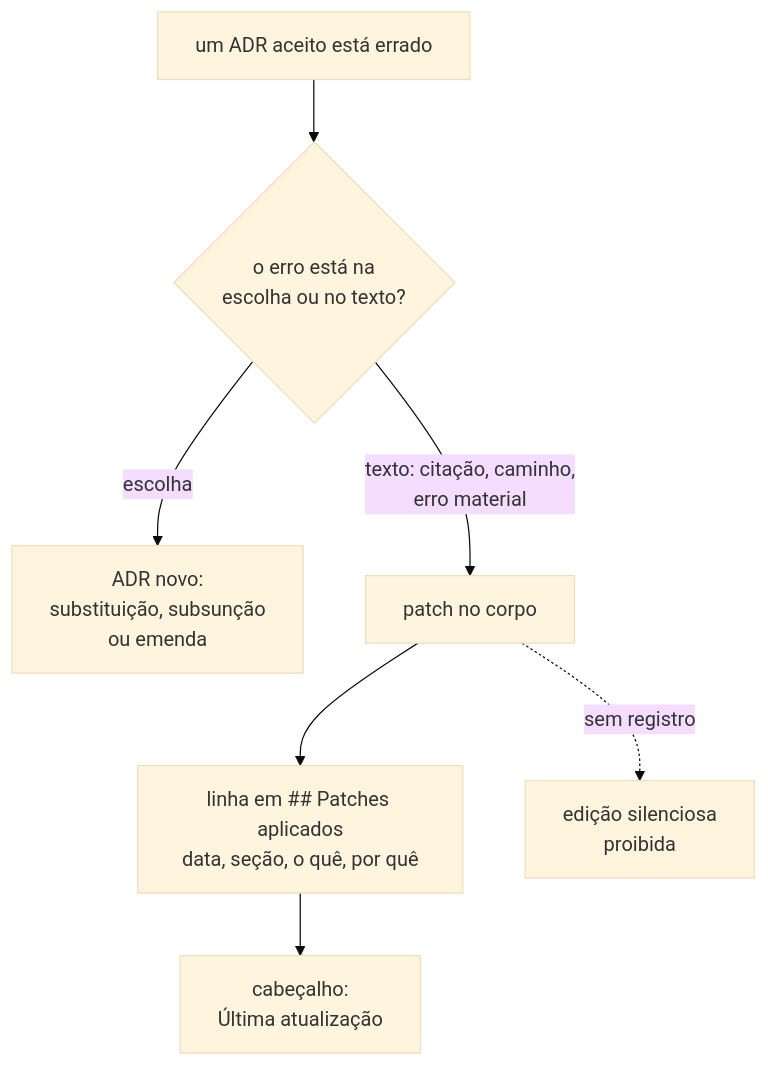
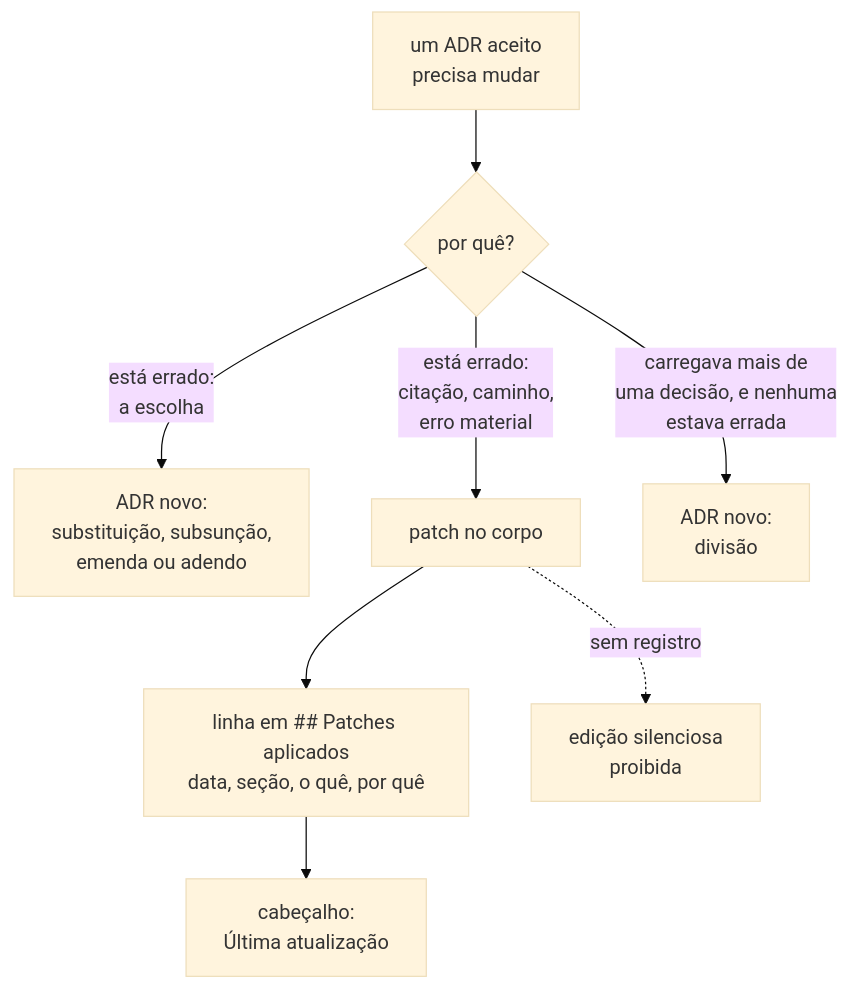
Before and after one commit to da0hn/distributed-systems-experiment-lab: the fourth of 5 diagrams in docs/adr/README.md, drawn with Mermaid (base theme). The commit also changed other lines of this file and 21 other files, not shown here.

````diff
--- a/docs/adr/README.md
+++ b/docs/adr/README.md
@@ -501,9 +506,10 @@
 ```mermaid
 flowchart TD
-    D["um ADR aceito está errado"] --> Q{"o erro está na<br/>escolha ou no texto?"}
-    Q -->|" escolha "| A["ADR novo:<br/>substituição, subsunção<br/>ou emenda"]
-    Q -->|" texto: citação, caminho,<br/>erro material "| P["patch no corpo"]
+    D["um ADR aceito<br/>precisa mudar"] --> Q{"por quê?"}
+    Q -->|" está errado:<br/>a escolha "| A["ADR novo:<br/>substituição, subsunção,<br/>emenda ou adendo"]
+    Q -->|" está errado:<br/>citação, caminho,<br/>erro material "| P["patch no corpo"]
+    Q -->|" carregava mais de<br/>uma decisão, e nenhuma<br/>estava errada "| V["ADR novo:<br/>divisão"]
     P --> R["linha em ## Patches aplicados<br/>data, seção, o quê, por quê"]
     R --> H["cabeçalho:<br/>Última atualização"]
     P -.->|" sem registro "| X["edição silenciosa<br/>proibida"]
 ```
````
